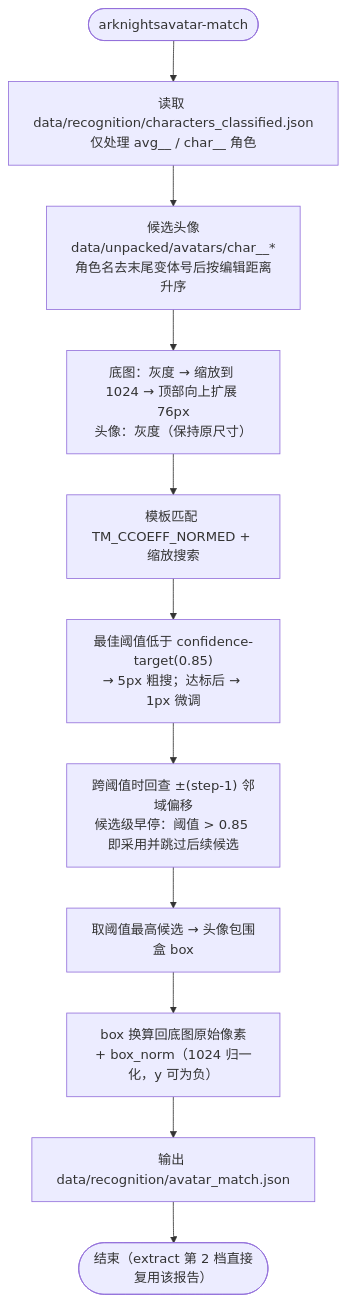
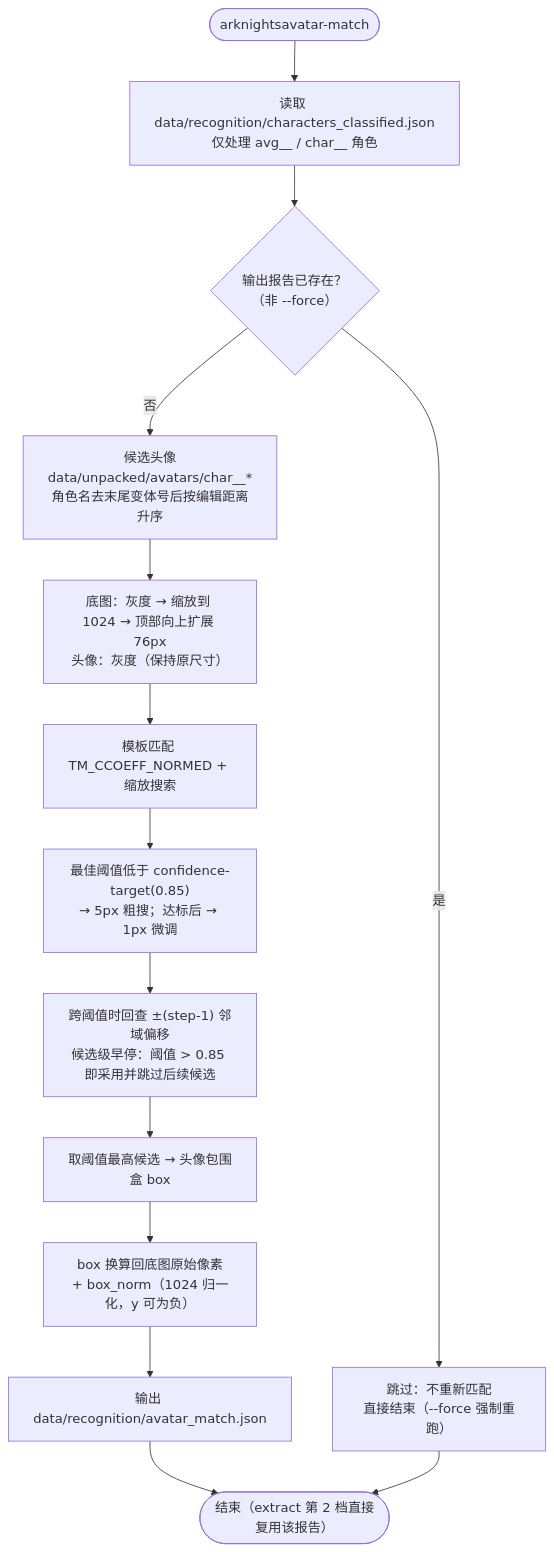
The fifth of 11 diagrams in docs/生产流程图.md (Arkfans/ArknightsAvatar), drawn with Mermaid before and after one commit. The commit also changed 6 other files, not shown here.

First line of the commit message:
feat(match): 输出报告已存在时跳过匹配，--force 强制重跑

````diff
--- a/docs/生产流程图.md
+++ b/docs/生产流程图.md
@@ -167,13 +167,16 @@
 ```mermaid
 flowchart TD
     Start(["arknightsavatar-match"]) --> ReadC["读取 data/recognition/characters_classified.json<br/>仅处理 avg_<id>_ / char_<id>_ 角色"]
-    ReadC --> Cand["候选头像<br/>data/unpacked/avatars/char_<seq>_*<br/>角色名去末尾变体号后按编辑距离升序"]
+    ReadC --> Cache{"输出报告已存在？<br/>（非 --force）"}
+    Cache -->|"是"| Skip["跳过：不重新匹配<br/>直接结束（--force 强制重跑）"]
+    Cache -->|"否"| Cand["候选头像<br/>data/unpacked/avatars/char_<seq>_*<br/>角色名去末尾变体号后按编辑距离升序"]
     Cand --> Prep["底图：灰度 → 缩放到 1024 → 顶部向上扩展 76px<br/>头像：灰度（保持原尺寸）"]
     Prep --> Search["模板匹配 TM_CCOEFF_NORMED + 缩放搜索"]
     Search --> Coarse["最佳阈值低于 confidence-target(0.85)<br/>→ 5px 粗搜；达标后 → 1px 微调"]
     Coarse --> Cross["跨阈值时回查 ±(step-1) 邻域偏移<br/>候选级早停：阈值 > 0.85 即采用并跳过后续候选"]
     Cross --> Best["取阈值最高候选 → 头像包围盒 box"]
     Best --> Norm["box 换算回底图原始像素<br/>+ box_norm（1024 归一化，y 可为负）"]
     Norm --> OutM["输出 data/recognition/avatar_match.json"]
     OutM --> Done(["结束（extract 第 2 档直接复用该报告）"])
+    Skip --> Done
 ```
````
